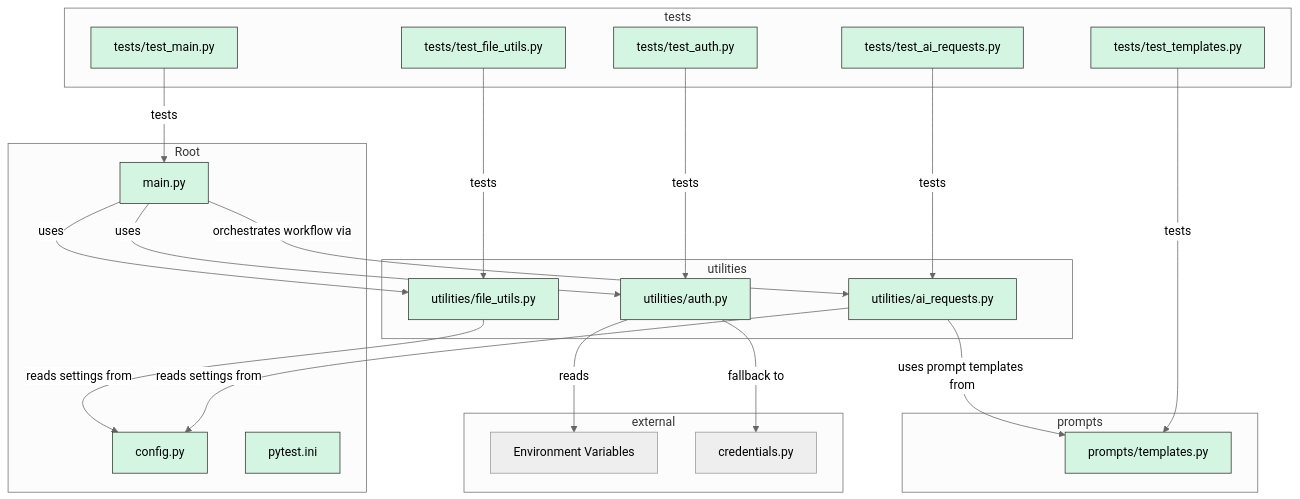
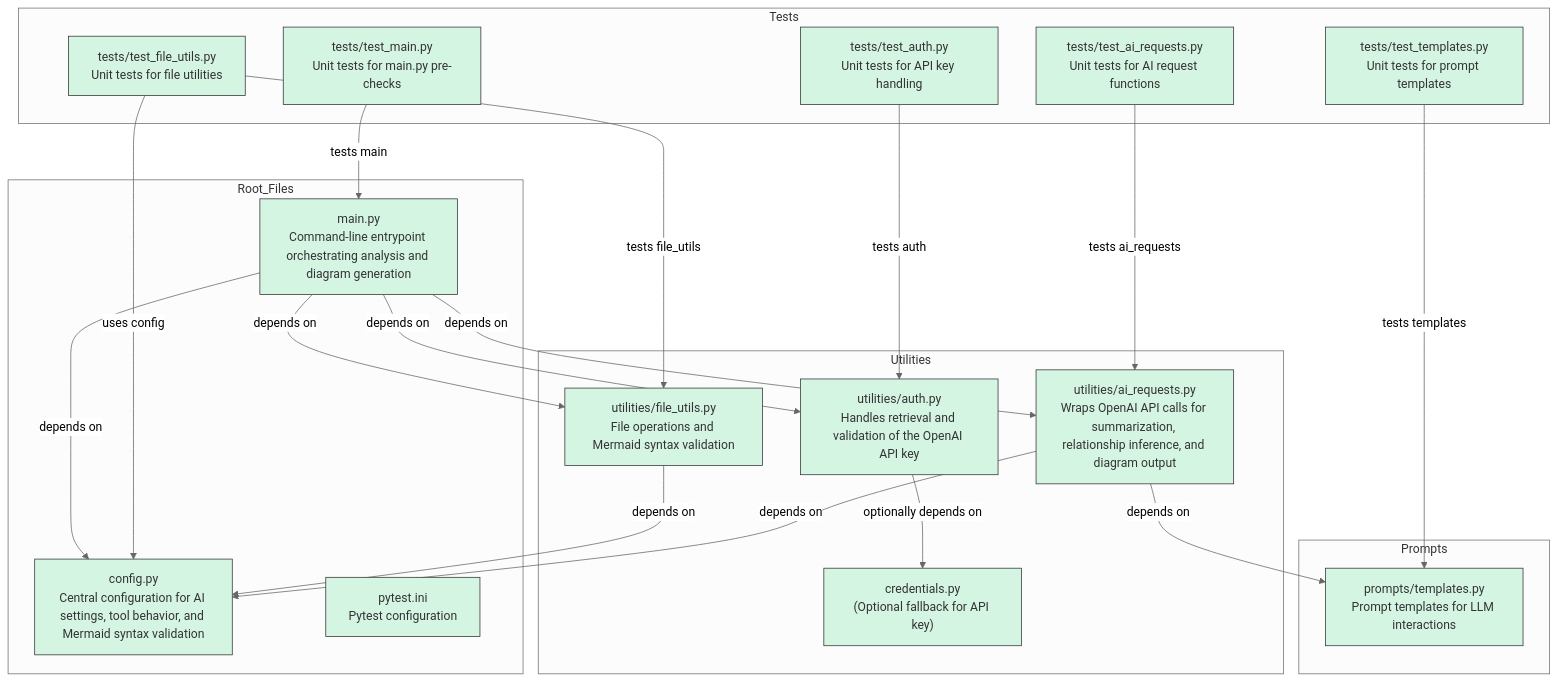
One commit to scmgustafson/code2chart changed the diagram in README.md. Above: the diagram before and after it, drawn with Mermaid.

Commit message:
Update Mermaid diagram in README

````diff
--- a/README.md
+++ b/README.md
@@ -63,51 +63,51 @@
 ```mermaid
-%%{init: {"theme": "neutral"}}%%
+%%{init: {"theme":"neutral","themeVariables":{"edgeLabelBackground":"#ffffff"}}}%%
 graph TD
-  subgraph "Root"
-    CFG[config.py]
-    PYIN[pytest.ini]
-    MAIN[main.py]
+  subgraph Root_Files
+    CP["config.py\nCentral configuration for AI settings, tool behavior, and Mermaid syntax validation"]
+    PI["pytest.ini\nPytest configuration"]
+    MP["main.py\nCommand-line entrypoint orchestrating analysis and diagram generation"]
   end
 
-  subgraph "utilities"
-    FU["utilities/file_utils.py"]
-    AUTH["utilities/auth.py"]
-    AI["utilities/ai_requests.py"]
+  subgraph Utilities
+    UFU["utilities/file_utils.py\nFile operations and Mermaid syntax validation"]
+    UAU["utilities/auth.py\nHandles retrieval and validation of the OpenAI API key"]
+    UAR["utilities/ai_requests.py\nWraps OpenAI API calls for summarization, relationship inference, and diagram output"]
+    CR["credentials.py\n(Optional fallback for API key)"]
   end
 
-  subgraph "prompts"
-    TPL["prompts/templates.py"]
+  subgraph Prompts
+    PT["prompts/templates.py\nPrompt templates for LLM interactions"]
   end
 
-  subgraph "tests"
-    TMAIN["tests/test_main.py"]
-    TAI["tests/test_ai_requests.py"]
-    TFU["tests/test_file_utils.py"]
-    TAUTH["tests/test_auth.py"]
-    TTPL["tests/test_templates.py"]
+  subgraph Tests
+    TAR["tests/test_ai_requests.py\nUnit tests for AI request functions"]
+    TFU["tests/test_file_utils.py\nUnit tests for file utilities"]
+    TAU["tests/test_auth.py\nUnit tests for API key handling"]
+    TMN["tests/test_main.py\nUnit tests for main.py pre-checks"]
+    TTP["tests/test_templates.py\nUnit tests for prompt templates"]
   end
 
-  subgraph "external"
-    EV["Environment Variables"]
-    CR["credentials.py"]
-  end
+  %% Main dependencies
+  MP -->|depends on| CP
+  MP -->|depends on| UFU
+  MP -->|depends on| UAU
+  MP -->|depends on| UAR
 
-  MAIN -->|uses| AUTH
-  MAIN -->|uses| FU
-  MAIN -->|orchestrates workflow via| AI
+  %% Utilities dependencies
+  UFU -->|depends on| CP
+  UAR -->|depends on| CP
+  UAR -->|depends on| PT
+  UAU -->|optionally depends on| CR
 
-  FU -->|reads settings from| CFG
-  AI -->|reads settings from| CFG
-  AI -->|uses prompt templates from| TPL
-  AUTH -->|reads| EV
-  AUTH -->|fallback to| CR
+  %% Test dependencies
+  TAR -->|tests ai_requests| UAR
+  TFU -->|tests file_utils| UFU
+  TFU -->|uses config| CP
+  TAU -->|tests auth| UAU
+  TMN -->|tests main| MP
+  TTP -->|tests templates| PT
 
-  TMAIN -->|tests| MAIN
-  TAI -->|tests| AI
-  TFU -->|tests| FU
-  TAUTH -->|tests| AUTH
-  TTPL -->|tests| TPL
-
-  classDef file fill:#d5f5e3,stroke:#333,stroke-width:1px,color:#000
-  class CFG,PYIN,MAIN,FU,AUTH,AI,TPL,TMAIN,TAI,TFU,TAUTH,TTPL file
+  classDef file fill:#d5f5e3,stroke:#333,color:#333
+  class CP,PI,MP,UFU,UAU,UAR,PT,TAR,TFU,TAU,TMN,TTP,CR file
 ```
````
